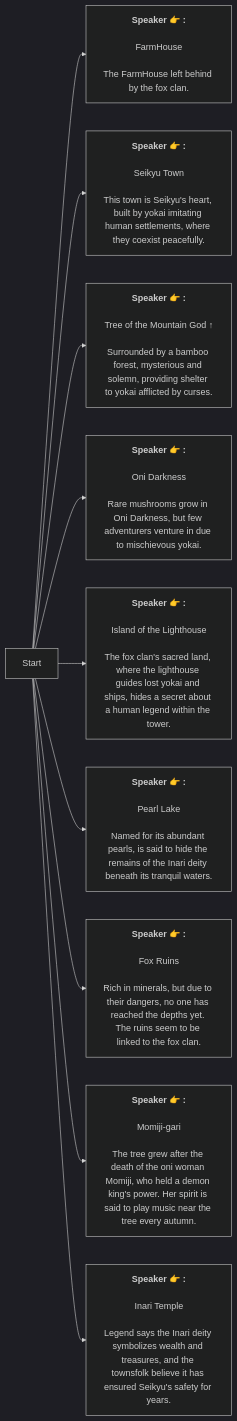
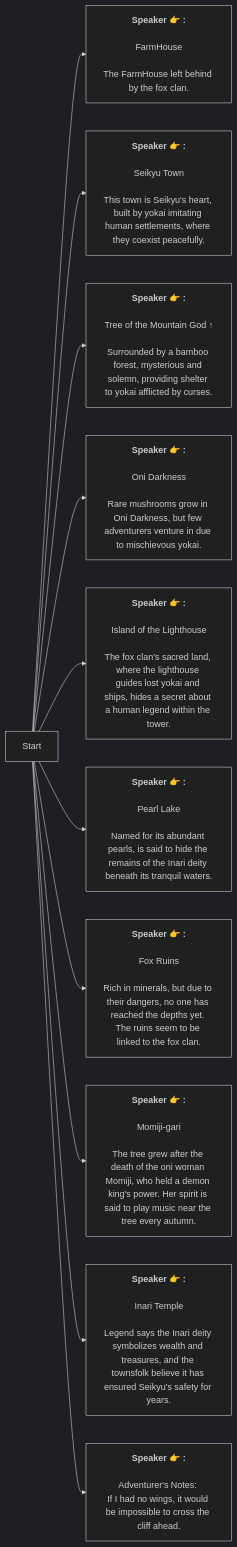
One commit to SoftHu/tos_avg changed the diagram in En/RoadSigns.md. Above: the diagram before and after it, drawn with Mermaid (dark theme). The commit also changed 780 other files, not shown here.

````diff
--- a/En/RoadSigns.md
+++ b/En/RoadSigns.md
@@ -1,40 +1,43 @@
 ```mermaid
 graph LR
 Start -->1774189677612389[<b>Speaker 👉 :</b>
 \nFarmHouse
 
 The FarmHouse left behind by the fox clan.]
 Start -->1774189691757927[<b>Speaker 👉 :</b>
 \nSeikyu Town
 
 This town is Seikyu's heart, built by yokai imitating human settlements, where they coexist peacefully.]
 Start -->1774189705340265[<b>Speaker 👉 :</b>
 \nTree of the Mountain God ↑
 
 Surrounded by a bamboo forest, mysterious and solemn, providing shelter to yokai afflicted by curses.]
 Start -->1774189719104875[<b>Speaker 👉 :</b>
 \nOni Darkness
 
 Rare mushrooms grow in Oni Darkness, but few adventurers venture in due to mischievous yokai.]
 Start -->1774189780885869[<b>Speaker 👉 :</b>
 \nIsland of the Lighthouse
 
 The fox clan's sacred land, where the lighthouse guides lost yokai and ships, hides a secret about a human legend within the tower.]
 Start -->1774189828753775[<b>Speaker 👉 :</b>
 \nPearl Lake
 
 Named for its abundant pearls, is said to hide the remains of the Inari deity beneath its tranquil waters.]
 Start -->1774189835710833[<b>Speaker 👉 :</b>
 \nFox Ruins
 
 Rich in minerals, but due to their dangers, no one has reached the depths yet. The ruins seem to be linked to the fox clan.]
 Start -->1774190276512115[<b>Speaker 👉 :</b>
 \nMomiji-gari
 
 The tree grew after the death of the oni woman Momiji, who held a demon king's power. Her spirit is said to play music near the tree every autumn.]
 Start -->1774190287572341[<b>Speaker 👉 :</b>
 \nInari Temple
 
 Legend says the Inari deity symbolizes wealth and treasures, and the townsfolk believe it has ensured Seikyu's safety for years.]
+Start -->1775708742261136[<b>Speaker 👉 :</b>
+\nAdventurer's Notes: 
+If I had no wings, it would be impossible to cross the cliff ahead.]
 
 ```
````
